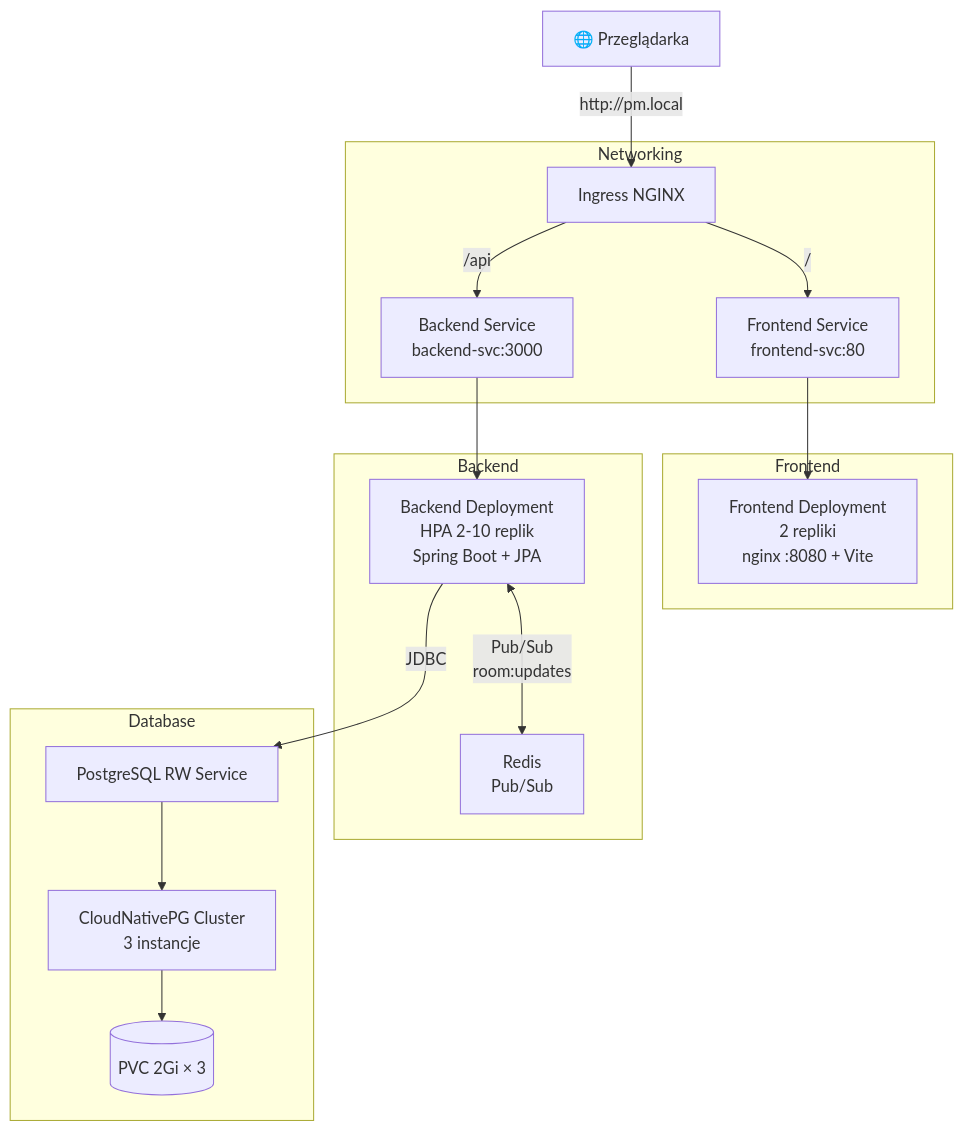
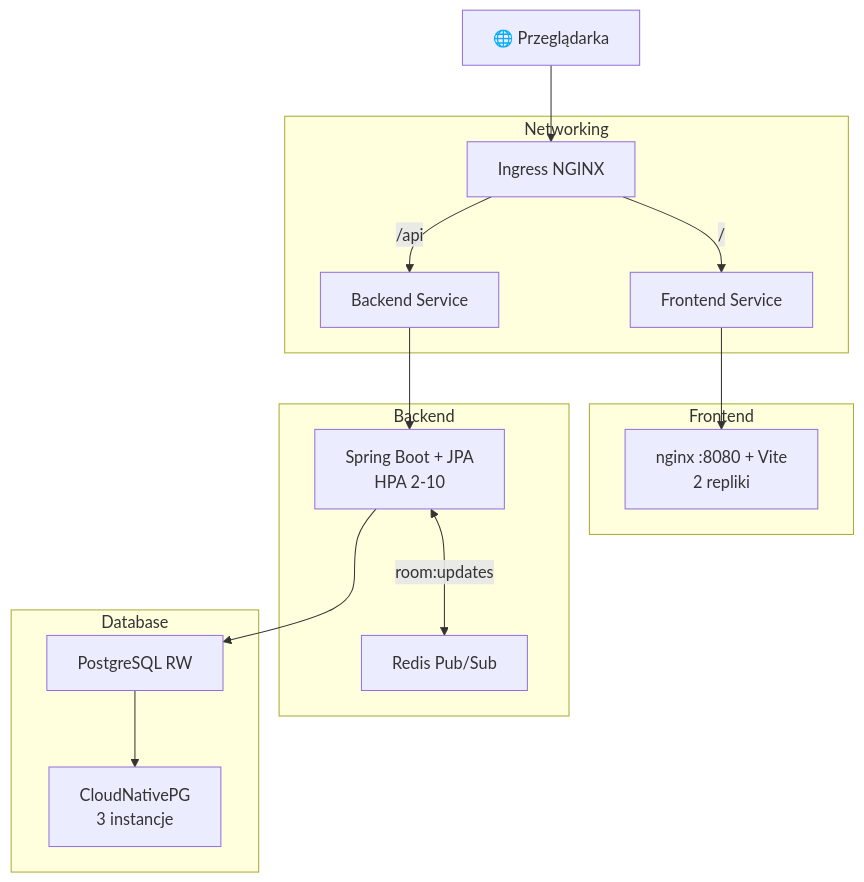
The diagram in README.md (WojciechGalant1/categories-game), drawn with Mermaid before and after one commit. The commit also changed other lines of this file and 6 other files, not shown here.

````diff
--- a/README.md
+++ b/README.md
@@ -53,41 +15,34 @@
 ```mermaid
 flowchart TD
 
     user[🌐 Przeglądarka]
 
     subgraph Networking
         ingress[Ingress NGINX]
-        feSvc[Frontend Service<br/>frontend-svc:80]
-        beSvc[Backend Service<br/>backend-svc:3000]
+        feSvc[Frontend Service]
+        beSvc[Backend Service]
     end
 
     subgraph Frontend
-        feDep[Frontend Deployment<br/>2 repliki<br/>nginx :8080 + Vite]
+        feDep[nginx :8080 + Vite<br/>2 repliki]
     end
 
     subgraph Backend
-        beDep[Backend Deployment<br/>HPA 2-10 replik<br/>Spring Boot + JPA]
-        redis[Redis<br/>Pub/Sub]
+        beDep[Spring Boot + JPA<br/>HPA 2-10]
+        redis[Redis Pub/Sub]
     end
 
     subgraph Database
-        pgRw[PostgreSQL RW Service]
-        cnpg[CloudNativePG Cluster<br/>3 instancje]
-        pvc[(PVC 2Gi × 3)]
+        pgRw[PostgreSQL RW]
+        cnpg[CloudNativePG<br/>3 instancje]
     end
 
-    user -->|http://pm.local| ingress
-
+    user --> ingress
     ingress -->|/| feSvc
     ingress -->|/api| beSvc
-
     feSvc --> feDep
-
     beSvc --> beDep
-
-    beDep -->|JDBC| pgRw
+    beDep --> pgRw
     pgRw --> cnpg
-    cnpg --> pvc
-
-    beDep <-->|Pub/Sub<br/>room:updates| redis
+    beDep <-->|room:updates| redis
 ```
````
